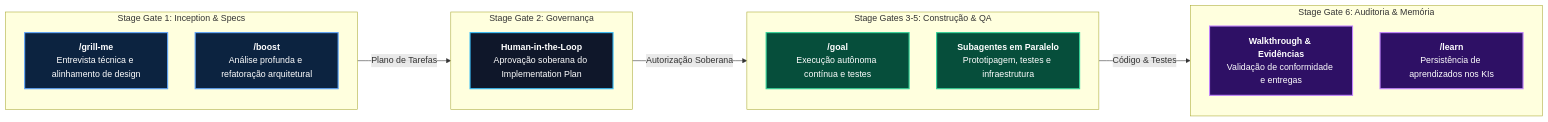
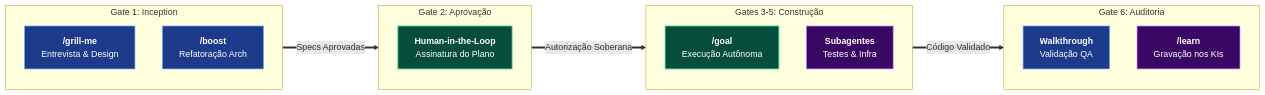
Before and after one commit to EnterDufter/PromptCoreLabs_AEOS: the third of 3 diagrams in projects/Living Architecture PCL AEOS/docs/agents-squads/README.md, drawn with Mermaid. The commit also changed other lines of this file and 8 other files, not shown here.

Commit message:
docs(mermaid): padronizar 15 diagramas calibrados v7 no repo, github pages e skill cortex

````diff
--- a/projects/Living Architecture PCL AEOS/docs/agents-squads/README.md
+++ b/projects/Living Architecture PCL AEOS/docs/agents-squads/README.md
@@ -127,34 +127,34 @@
 ```mermaid
 flowchart LR
-    classDef inception fill:#0c2340,stroke:#60a5fa,stroke-width:2px,color:#ffffff
-    classDef gov fill:#0f172a,stroke:#38bdf8,stroke-width:2px,color:#ffffff
-    classDef exec fill:#064e3b,stroke:#34d399,stroke-width:2px,color:#ffffff
-    classDef audit fill:#2e1065,stroke:#c084fc,stroke-width:2px,color:#ffffff
+    classDef gate fill:#0f172a,stroke:#38bdf8,stroke-width:1.2px,color:#ffffff;
+    classDef cmd fill:#1e3a8a,stroke:#60a5fa,stroke-width:1.2px,color:#ffffff;
+    classDef app fill:#064e3b,stroke:#34d399,stroke-width:1.5px,color:#ffffff;
+    classDef sub fill:#3b0764,stroke:#c084fc,stroke-width:1.2px,color:#ffffff;
 
-    subgraph SG1["Stage Gate 1: Inception & Specs"]
+    subgraph G1 ["Gate 1: Inception"]
         direction TB
-        GrillMe["<b>/grill-me</b><br/>Entrevista técnica e alinhamento de design"]:::inception
-        Boost["<b>/boost</b><br/>Análise profunda e refatoração arquitetural"]:::inception
+        C_Grill["<b>/grill-me</b><br/>Entrevista & Design"]:::cmd
+        C_Boost["<b>/boost</b><br/>Refatoração Arch"]:::cmd
     end
 
-    subgraph SG2["Stage Gate 2: Governança"]
+    subgraph G2 ["Gate 2: Aprovação"]
         direction TB
-        HitL["<b>Human-in-the-Loop</b><br/>Aprovação soberana do Implementation Plan"]:::gov
+        C_Plan["<b>Human-in-the-Loop</b><br/>Assinatura do Plano"]:::app
     end
 
-    subgraph SG3_5["Stage Gates 3-5: Construção & QA"]
+    subgraph G3 ["Gates 3-5: Construção"]
         direction TB
-        Goal["<b>/goal</b><br/>Execução autônoma contínua e testes"]:::exec
-        Subagents["<b>Subagentes em Paralelo</b><br/>Prototipagem, testes e infraestrutura"]:::exec
+        C_Goal["<b>/goal</b><br/>Execução Autônoma"]:::app
+        C_Subs["<b>Subagentes</b><br/>Testes & Infra"]:::sub
     end
 
-    subgraph SG6["Stage Gate 6: Auditoria & Memória"]
+    subgraph G6 ["Gate 6: Auditoria"]
         direction TB
-        Walkthrough["<b>Walkthrough & Evidências</b><br/>Validação de conformidade e entregas"]:::audit
-        Learn["<b>/learn</b><br/>Persistência de aprendizados nos KIs"]:::audit
+        C_Walk["<b>Walkthrough</b><br/>Validação QA"]:::cmd
+        C_Learn["<b>/learn</b><br/>Gravação nos KIs"]:::sub
     end
 
-    SG1 -->|"Plano de Tarefas"| SG2
-    SG2 -->|"Autorização Soberana"| SG3_5
-    SG3_5 -->|"Código & Testes"| SG6
+    G1 ==>|"Specs Aprovadas"| G2
+    G2 ==>|"Autorização Soberana"| G3
+    G3 ==>|"Código Validado"| G6
 ```
````
